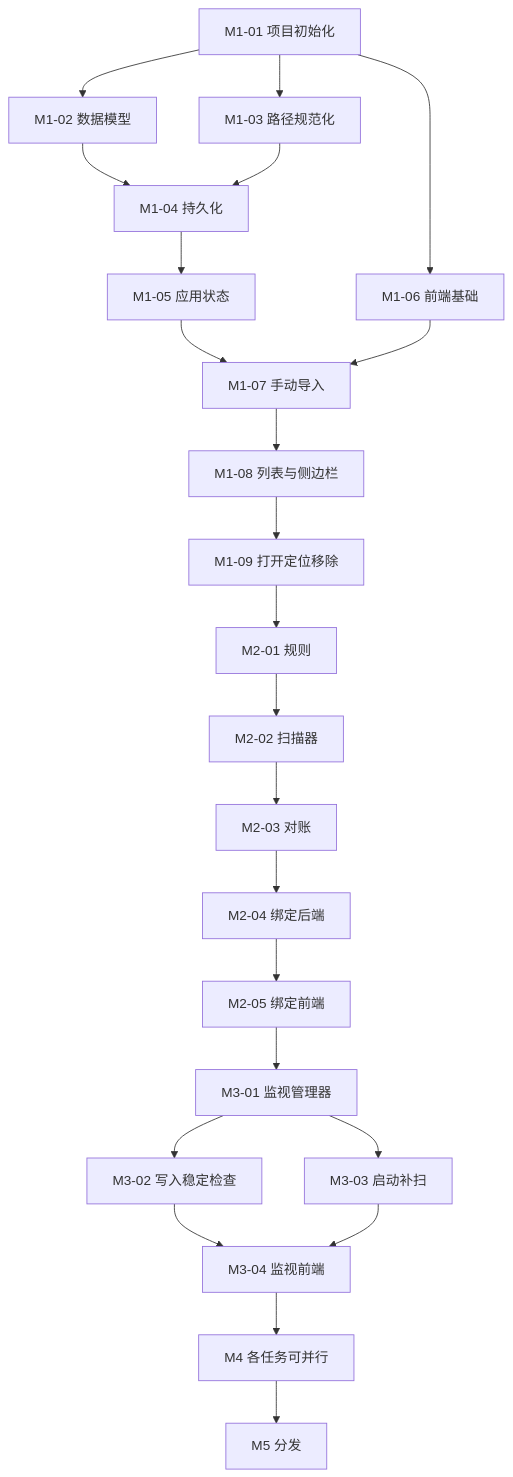
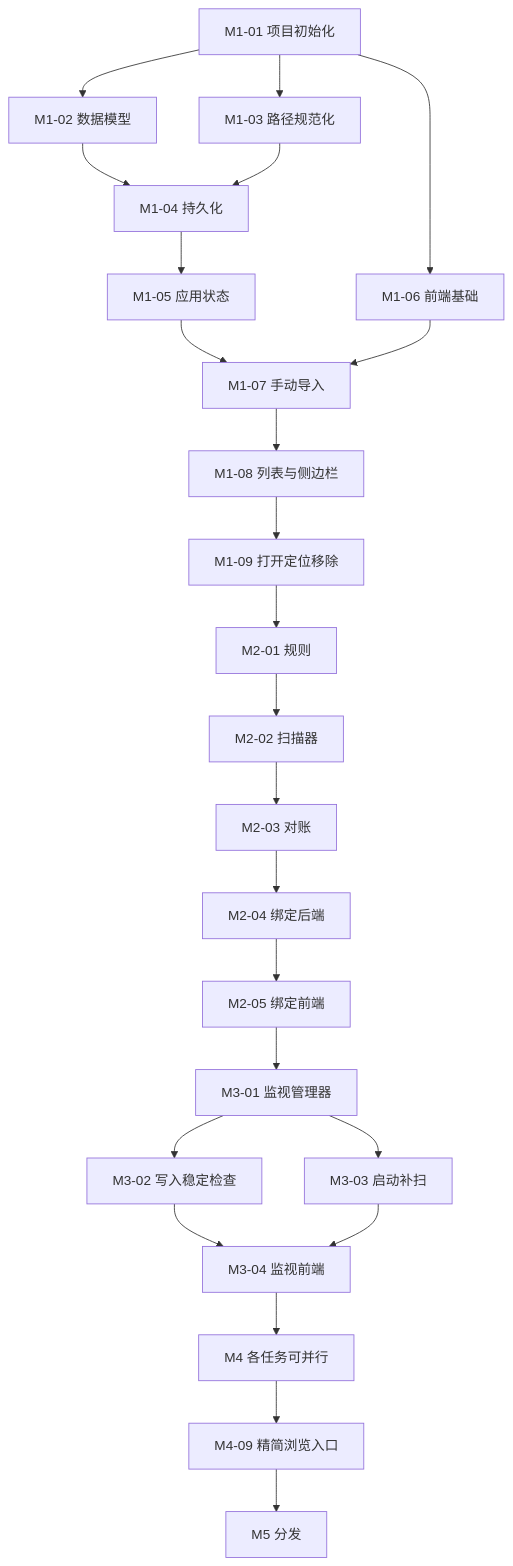
Before and after one commit to 623zhu/file_link: the diagram in docs/PLAN.md, drawn with Mermaid. The commit also changed other lines of this file and 11 other files, not shown here.

````diff
--- a/docs/PLAN.md
+++ b/docs/PLAN.md
@@ -98,28 +99,29 @@
 ```mermaid
 flowchart TD
   M1_01[M1-01 项目初始化] --> M1_02[M1-02 数据模型]
   M1_01 --> M1_03[M1-03 路径规范化]
   M1_01 --> M1_06[M1-06 前端基础]
   M1_02 --> M1_04[M1-04 持久化]
   M1_03 --> M1_04
   M1_04 --> M1_05[M1-05 应用状态]
   M1_05 --> M1_07[M1-07 手动导入]
   M1_06 --> M1_07
   M1_07 --> M1_08[M1-08 列表与侧边栏]
   M1_08 --> M1_09[M1-09 打开定位移除]
 
   M1_09 --> M2_01[M2-01 规则]
   M2_01 --> M2_02[M2-02 扫描器]
   M2_02 --> M2_03[M2-03 对账]
   M2_03 --> M2_04[M2-04 绑定后端]
   M2_04 --> M2_05[M2-05 绑定前端]
 
   M2_05 --> M3_01[M3-01 监视管理器]
   M3_01 --> M3_02[M3-02 写入稳定检查]
   M3_01 --> M3_03[M3-03 启动补扫]
   M3_02 --> M3_04[M3-04 监视前端]
   M3_03 --> M3_04
 
   M3_04 --> M4[M4 各任务可并行]
-  M4 --> M5[M5 分发]
+  M4 --> M4_09[M4-09 精简浏览入口]
+  M4_09 --> M5[M5 分发]
 ```
````
